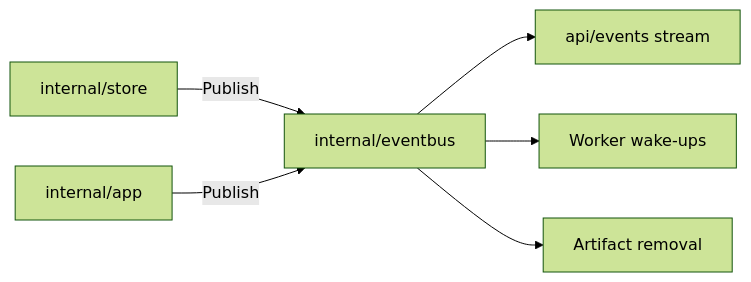
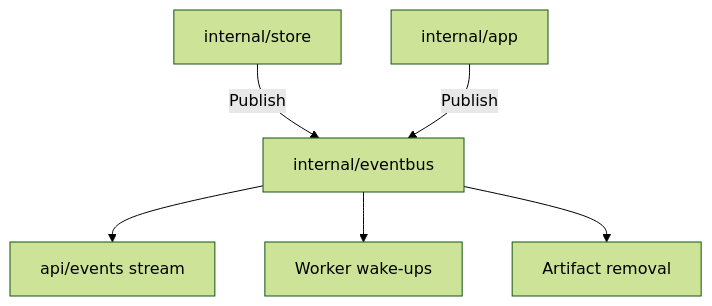
Before and after one commit to syudead/vv: the second of 2 diagrams in ARCHITECTURE.md, drawn with Mermaid (forest theme). The commit also changed other lines of this file and 3 other files, not shown here.

First line of the commit message:
Lay out Mermaid diagrams top-down so they stay readable

````diff
--- a/ARCHITECTURE.md
+++ b/ARCHITECTURE.md
@@ -297,8 +297,8 @@
 ```mermaid
-flowchart LR
+flowchart TD
   store[internal/store] -->|Publish| bus[internal/eventbus]
   app[internal/app] -->|Publish| bus
   bus --> sse[api/events stream]
   bus --> wake[Worker wake-ups]
   bus --> removal[Artifact removal]
 ```
````
